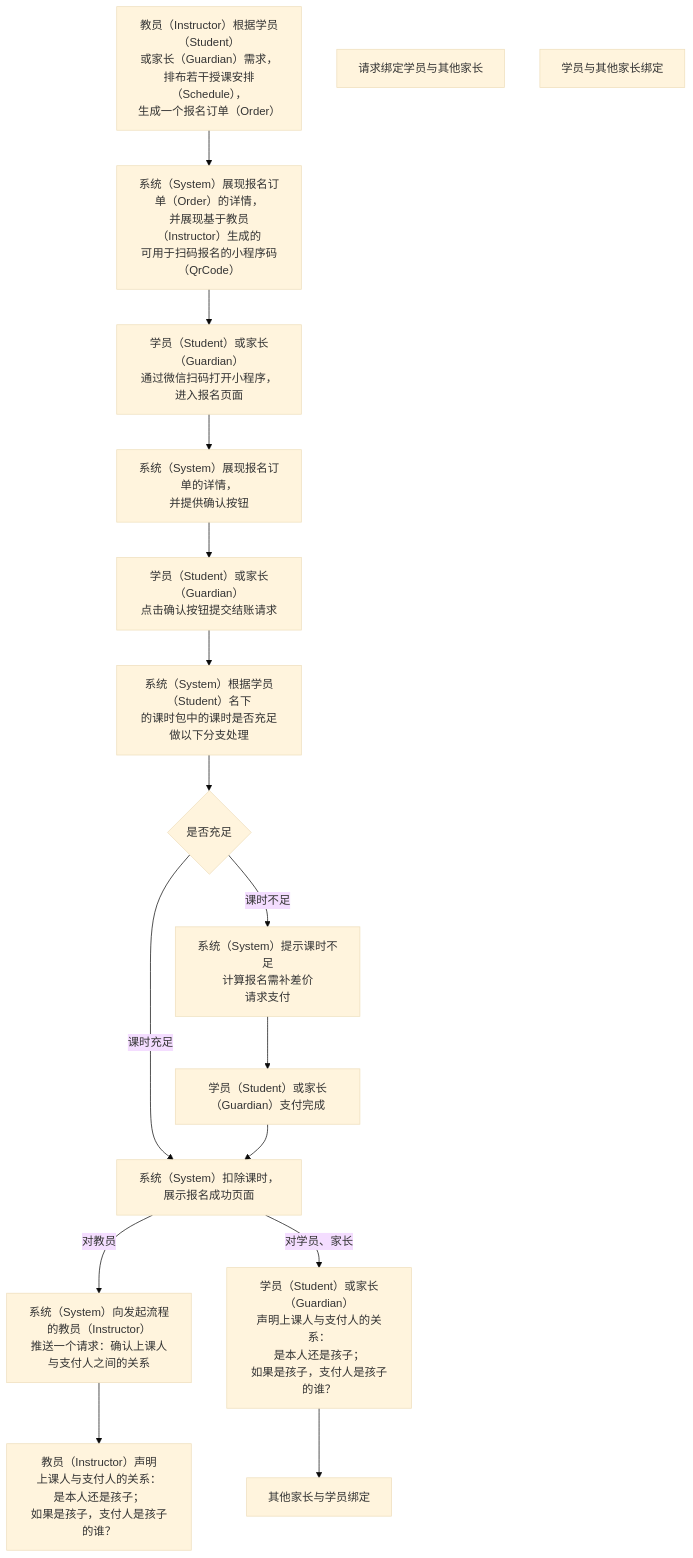
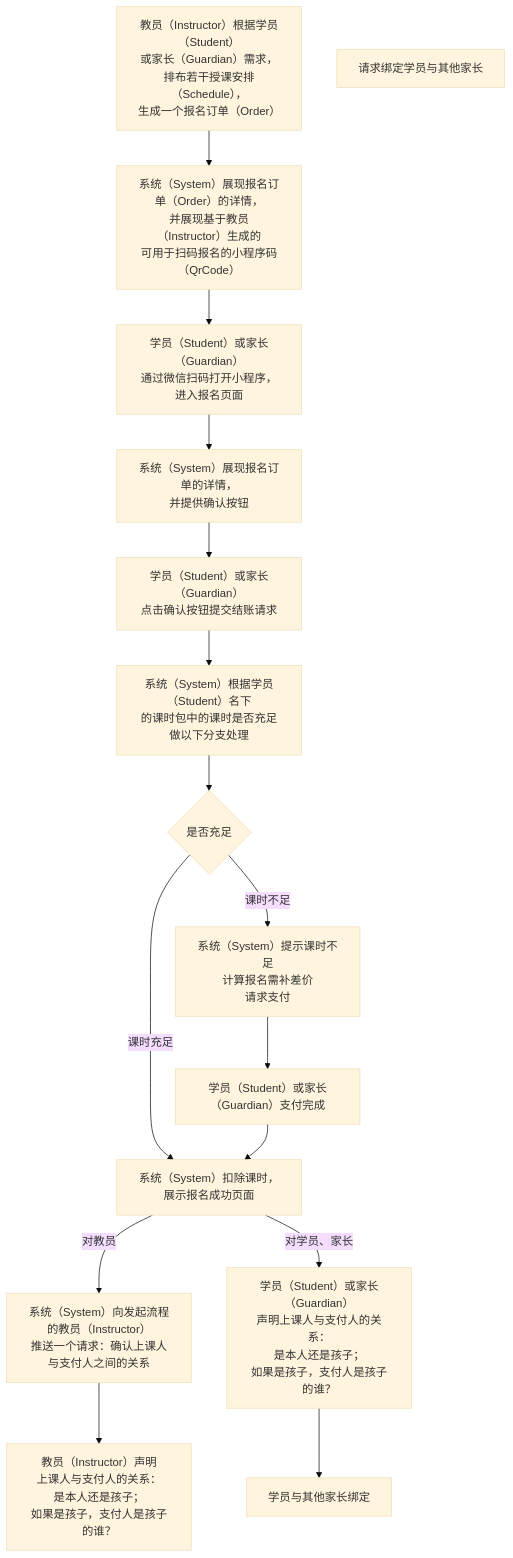
Before and after one commit to world-wide-web/sign: the diagram in 用例/报名.md, drawn with Mermaid (base theme). The commit also changed other lines of this file, not shown here.

Commit message:
用例/报名.md updated from https://stackedit.io/

````diff
--- a/用例/报名.md
+++ b/用例/报名.md
@@ -8,48 +8,48 @@
 ```mermaid
 graph TD
 
 生成报名订单-->生成报名码
 生成报名码-->扫码报名
 扫码报名-->展现报名订单
 展现报名订单-->确认并提交结账请求
 确认并提交结账请求-->检查课时数量
 检查课时数量-->判断课时数量
 判断课时数量--课时充足-->扣课并提示报名成功
 判断课时数量--课时不足-->请求支付
 请求支付-->支付完成
 支付完成-->扣课并提示报名成功
 扣课并提示报名成功--对教员-->请求身份声明
 扣课并提示报名成功--"对学员、家长"-->支付人身份声明
 请求身份声明-->教员代理身份声明
-支付人身份声明-->其他家长与学员绑定
+支付人身份声明-->学员与其他家长绑定
 
 生成报名订单["<center>教员（Instructor）根据学员（Student）<br>或家长（Guardian）需求，<br>排布若干授课安排（Schedule），<br>生成一个报名订单（Order）</center>"]
 
 生成报名码["<center>系统（System）展现报名订单（Order）的详情，<br>并展现基于教员（Instructor）生成的<br>可用于扫码报名的小程序码（QrCode）</center>"]
 
 扫码报名["<center>学员（Student）或家长（Guardian）<br>通过微信扫码打开小程序，进入报名页面</center>"]
 
 展现报名订单["<center>系统（System）展现报名订单的详情，<br>并提供确认按钮</center>"]
 
 确认并提交结账请求["<center>学员（Student）或家长（Guardian）<br>点击确认按钮提交结账请求</center>"]
 
 检查课时数量["<center>系统（System）根据学员（Student）名下<br>的课时包中的课时是否充足做以下分支处理</center>"]
 
 判断课时数量{"<center>是否充足</center>"}
 
 请求支付["<center>系统（System）提示课时不足<br>计算报名需补差价<br>请求支付</center>"]
 
 支付完成["<center>学员（Student）或家长（Guardian）支付完成</center>"]
 
 扣课并提示报名成功["<center>系统（System）扣除课时，展示报名成功页面</center>"]
 
 请求身份声明["<center>系统（System）向发起流程的教员（Instructor）<br>推送一个请求：确认上课人与支付人之间的关系</center>"]
 
 支付人身份声明["<center>学员（Student）或家长（Guardian）<br>声明上课人与支付人的关系：<br>是本人还是孩子；<br>如果是孩子，支付人是孩子的谁？</center>"]
 
 教员代理身份声明["<center>教员（Instructor）声明<br>上课人与支付人的关系：<br>是本人还是孩子；<br>如果是孩子，支付人是孩子的谁？</center>"]
 
 请求绑定学员与其他家长
 
 学员与其他家长绑定
 ```
````
